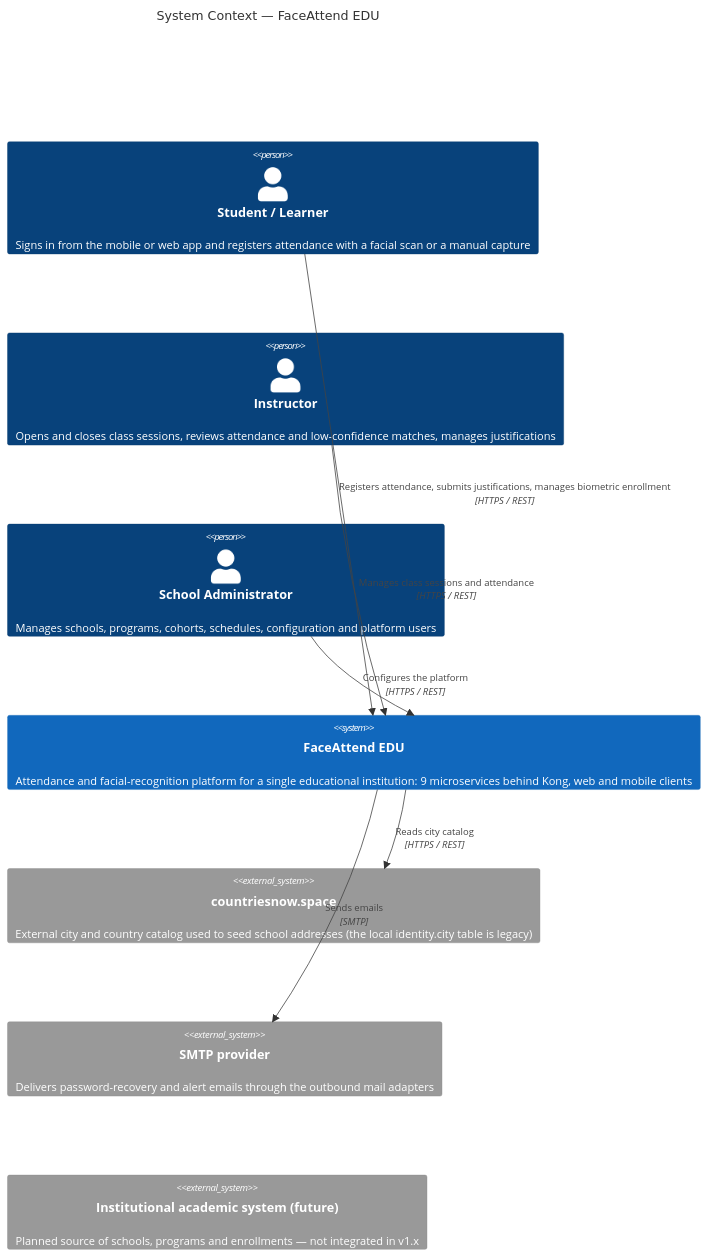
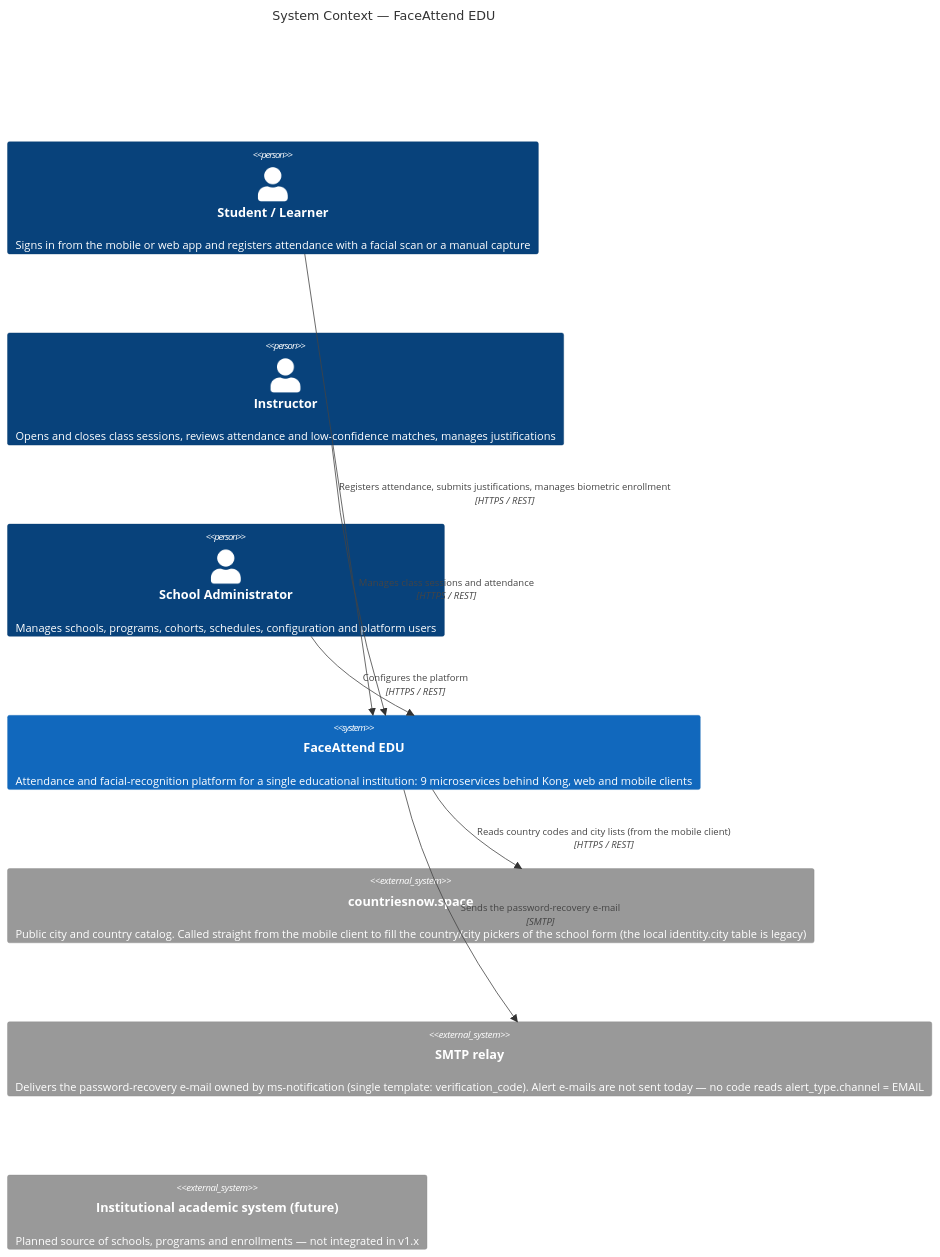
One commit to code-sena/fae-docs changed the diagram in 08-uml/diagrams/source/c1-system-context.mmd. Above: the diagram before and after it, drawn with Mermaid. The commit also changed 1 other file, not shown here.

Commit message:
docs(uml): correct c4 facts against gateway routes and service wiring

```diff
--- a/08-uml/diagrams/source/c1-system-context.mmd
+++ b/08-uml/diagrams/source/c1-system-context.mmd
@@ -1,19 +1,19 @@
 C4Context
     title System Context — FaceAttend EDU
 
     Person(student, "Student / Learner", "Signs in from the mobile or web app and registers attendance with a facial scan or a manual capture")
     Person(instructor, "Instructor", "Opens and closes class sessions, reviews attendance and low-confidence matches, manages justifications")
     Person(admin, "School Administrator", "Manages schools, programs, cohorts, schedules, configuration and platform users")
 
     System(faceattend, "FaceAttend EDU", "Attendance and facial-recognition platform for a single educational institution: 9 microservices behind Kong, web and mobile clients")
 
-    System_Ext(countriesnow, "countriesnow.space", "External city and country catalog used to seed school addresses (the local identity.city table is legacy)")
-    System_Ext(smtp, "SMTP provider", "Delivers password-recovery and alert emails through the outbound mail adapters")
+    System_Ext(countriesnow, "countriesnow.space", "Public city and country catalog. Called straight from the mobile client to fill the country/city pickers of the school form (the local identity.city table is legacy)")
+    System_Ext(smtp, "SMTP relay", "Delivers the password-recovery e-mail owned by ms-notification (single template: verification_code). Alert e-mails are not sent today — no code reads alert_type.channel = EMAIL")
     System_Ext(institutional, "Institutional academic system (future)", "Planned source of schools, programs and enrollments — not integrated in v1.x")
 
     Rel(student, faceattend, "Registers attendance, submits justifications, manages biometric enrollment", "HTTPS / REST")
     Rel(instructor, faceattend, "Manages class sessions and attendance", "HTTPS / REST")
     Rel(admin, faceattend, "Configures the platform", "HTTPS / REST")
 
-    Rel(faceattend, countriesnow, "Reads city catalog", "HTTPS / REST")
-    Rel(faceattend, smtp, "Sends emails", "SMTP")
+    Rel(faceattend, countriesnow, "Reads country codes and city lists (from the mobile client)", "HTTPS / REST")
+    Rel(faceattend, smtp, "Sends the password-recovery e-mail", "SMTP")
```
